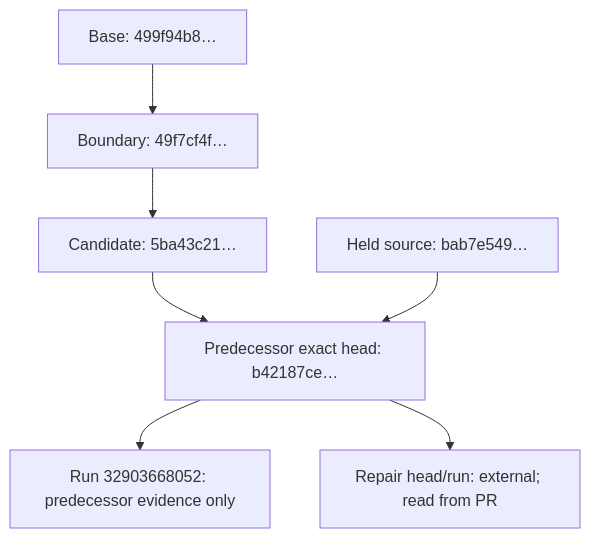
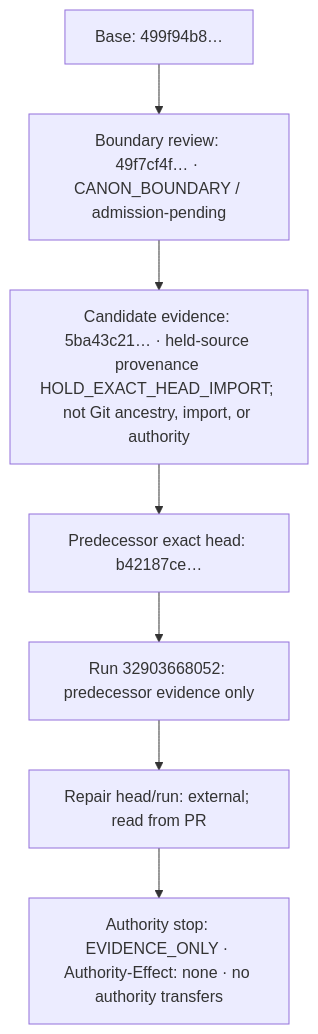
Before and after one commit to Quirk-Systems/quirk-os: the diagram in domains/beauty/docs/review-disposition.md, drawn with Mermaid. The commit also changed other lines of this file, not shown here.

First line of the commit message:
docs(beauty): make review disposition rail linear

````diff
--- a/domains/beauty/docs/review-disposition.md
+++ b/domains/beauty/docs/review-disposition.md
@@ -5,11 +5,6 @@
 ```mermaid
 %% Exact IDs: base 499f94b8d12e29dd7804cc9b537fd70f6a8048d8; boundary 49f7cf4fe3cffd7a9daae87cd045ff72d245fec1; candidate 5ba43c210b0c64401640af17d14fe681a93bb425; predecessor head b42187cedaa8756be3004b5995bb975757505da9; held source bab7e54977a6db872d1fac718db8c2b935e8fe95; predecessor run 32903668052.
 flowchart TB
-  base["Base: 499f94b8…"] --> boundary["Boundary: 49f7cf4f…"]
-  boundary --> candidate["Candidate: 5ba43c21…"]
-  candidate --> predecessor["Predecessor exact head: b42187ce…"]
-  held["Held source: bab7e549…"] --> predecessor
-  predecessor --> run["Run 32903668052: predecessor evidence only"]
-  predecessor --> repair["Repair head/run: external; read from PR"]
-  %% The vertical rail and direct labels are the mobile layout. Status wording, not color, carries meaning.
+  base["Base: 499f94b8…"] --> boundary["Boundary review: 49f7cf4f… · CANON_BOUNDARY / admission-pending"] --> candidate["Candidate evidence: 5ba43c21… · held-source provenance HOLD_EXACT_HEAD_IMPORT; not Git ancestry, import, or authority"] --> predecessor["Predecessor exact head: b42187ce…"] --> run["Run 32903668052: predecessor evidence only"] --> repair["Repair head/run: external; read from PR"] --> stop["Authority stop: EVIDENCE_ONLY · Authority-Effect: none · no authority transfers"]
+  %% This literal unbranched chain is the mobile vertical rail. Status wording, not color, carries meaning.
 ```
````
